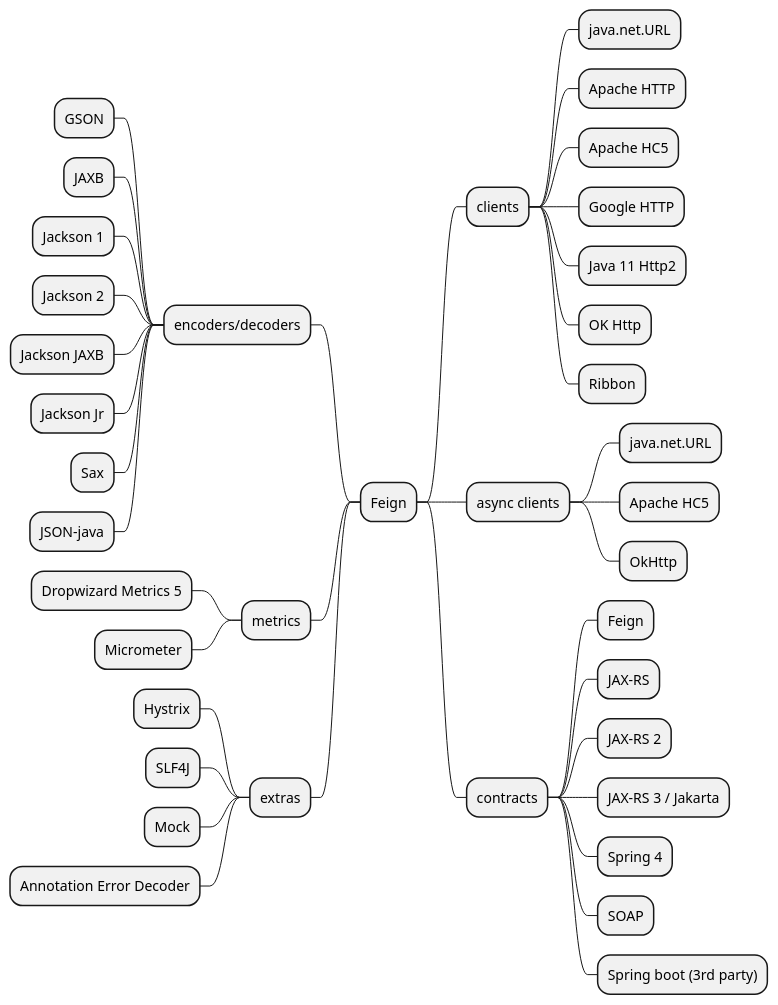
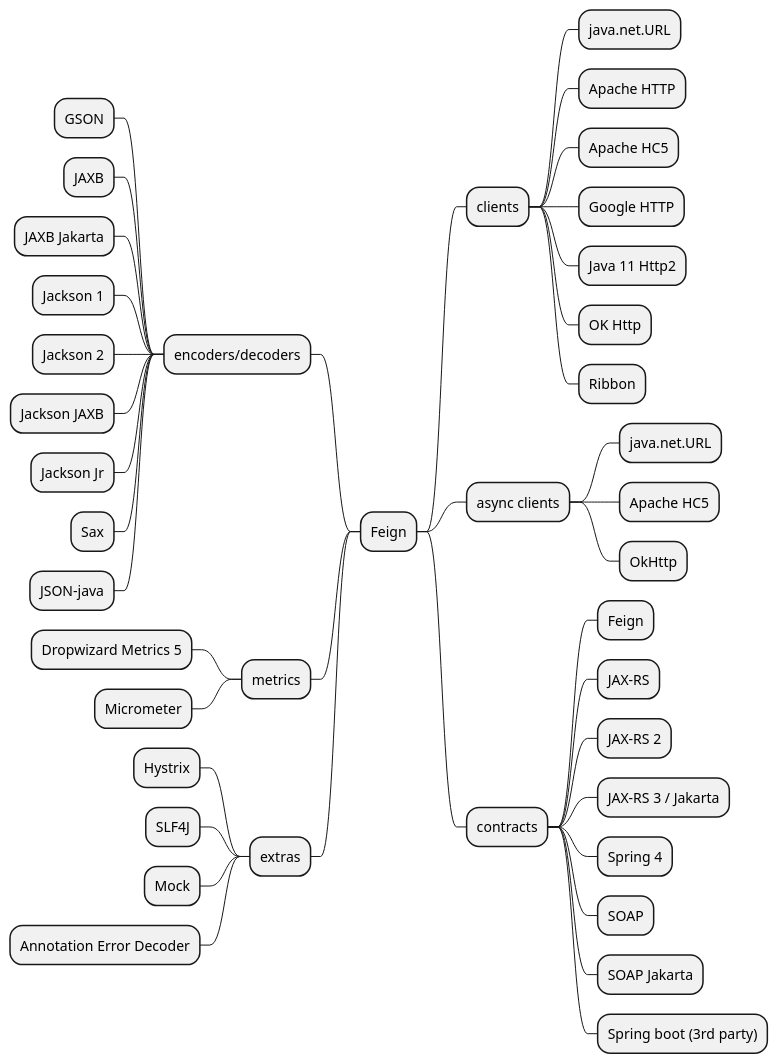
One commit to OpenFeign/feign changed the diagram in src/docs/overview-mindmap.iuml. Above: the diagram before and after it, drawn with PlantUML.

Commit message:
add SOAP Jakarta and JAXB Jakarta to the feature list

```diff
--- a/src/docs/overview-mindmap.iuml
+++ b/src/docs/overview-mindmap.iuml
@@ -1,43 +1,45 @@
 @startmindmap
 * Feign
 ** clients
 *** java.net.URL
 *** Apache HTTP
 *** Apache HC5
 *** Google HTTP
 *** Java 11 Http2
 *** OK Http
 *** Ribbon
 ** async clients
 *** java.net.URL
 *** Apache HC5
 *** OkHttp
 ** contracts
 *** Feign
 *** JAX-RS
 *** JAX-RS 2
 *** JAX-RS 3 / Jakarta
 *** Spring 4
 *** SOAP
+*** SOAP Jakarta
 *** Spring boot (3rd party)
 
 left side
 
 ** encoders/decoders
 *** GSON
 *** JAXB
+*** JAXB Jakarta
 *** Jackson 1
 *** Jackson 2
 *** Jackson JAXB
 *** Jackson Jr
 *** Sax
 *** JSON-java
 ** metrics
 *** Dropwizard Metrics 5
 *** Micrometer
 ** extras
 *** Hystrix
 *** SLF4J
 *** Mock
 *** Annotation Error Decoder
 @endmindmap
```
